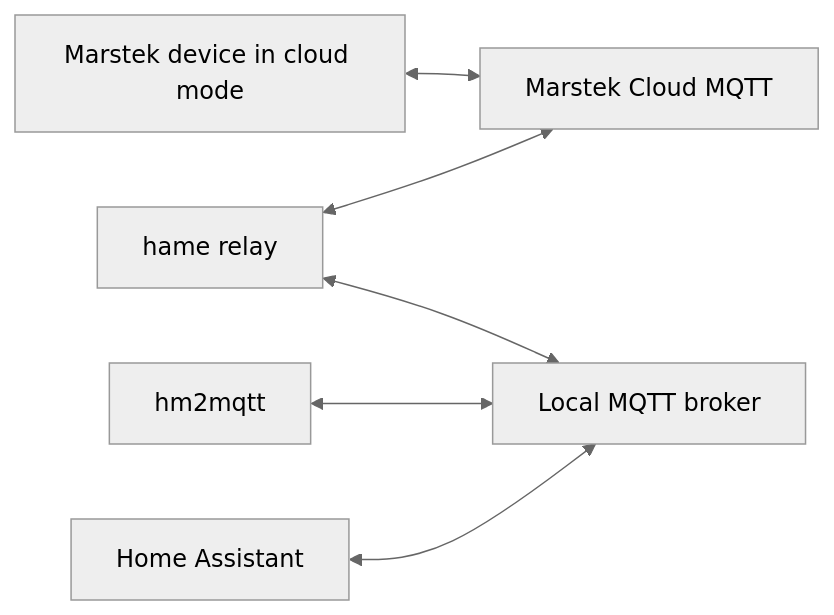
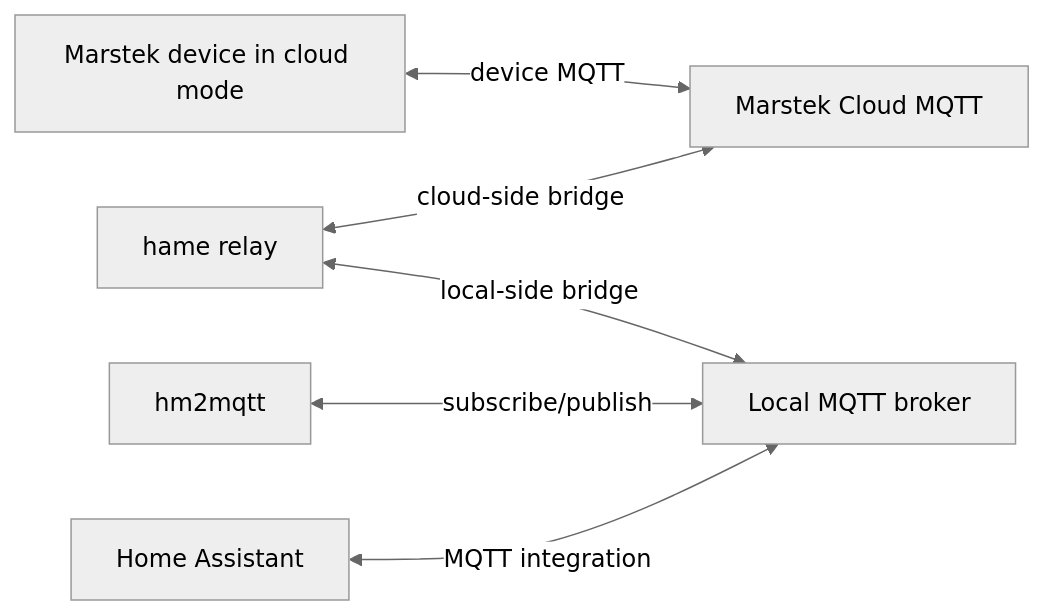
One commit to tomquist/hm2mqtt changed the second of 2 diagrams in README.md. Above: the diagram before and after it, drawn with Mermaid (neutral theme). The commit also changed other lines of this file, not shown here.

Commit message:
docs: add edge labels to setup flow diagrams

````diff
--- a/README.md
+++ b/README.md
@@ -77,8 +77,8 @@
 ```mermaid
 flowchart LR
-    Device[Marstek device in cloud mode] <--> CloudMQTT[Marstek Cloud MQTT]
-    Relay[hame relay] <--> CloudMQTT
-    Relay <--> Broker[Local MQTT broker]
-    HM2MQTT[hm2mqtt] <--> Broker
-    HA[Home Assistant] <--> Broker
+    Device[Marstek device in cloud mode] <-->|device MQTT| CloudMQTT[Marstek Cloud MQTT]
+    Relay[hame relay] <-->|cloud-side bridge| CloudMQTT
+    Relay <-->|local-side bridge| Broker[Local MQTT broker]
+    HM2MQTT[hm2mqtt] <-->|subscribe/publish| Broker
+    HA[Home Assistant] <-->|MQTT integration| Broker
 ```
````
